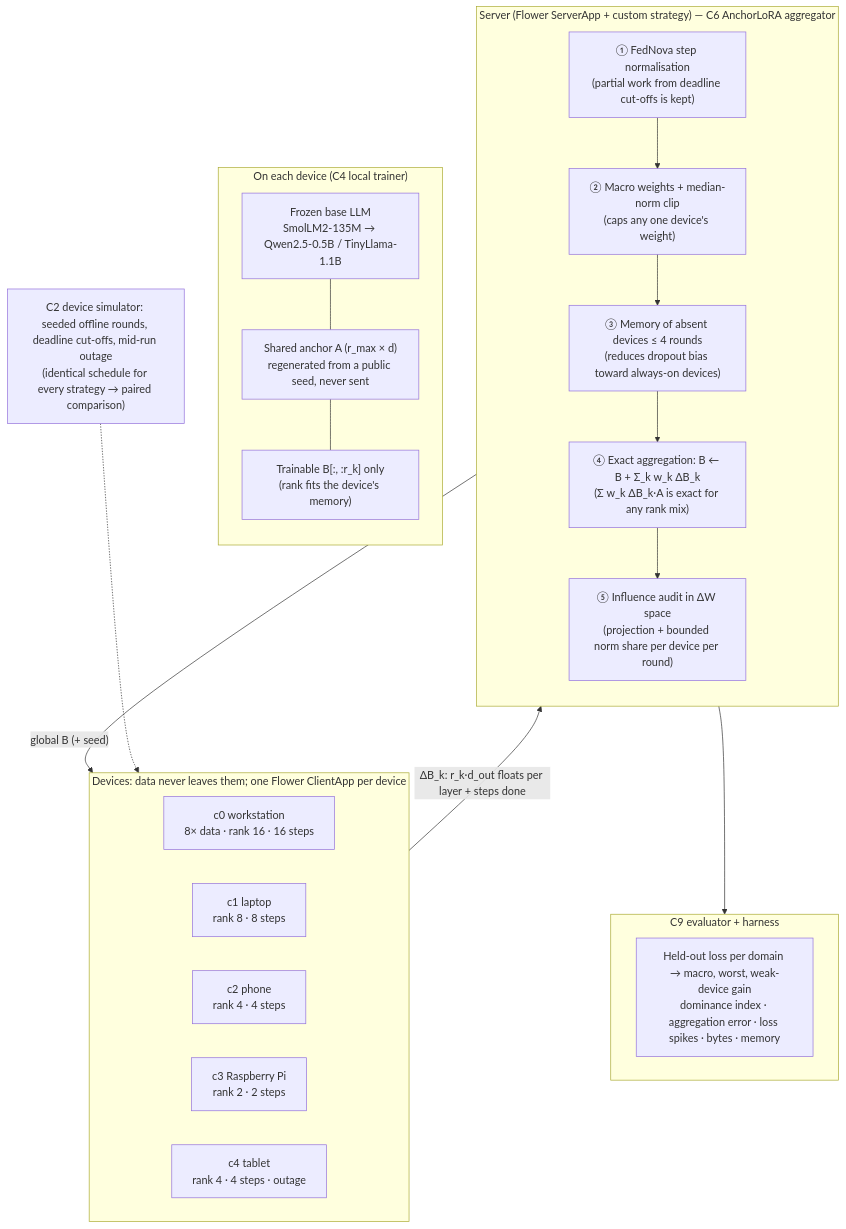
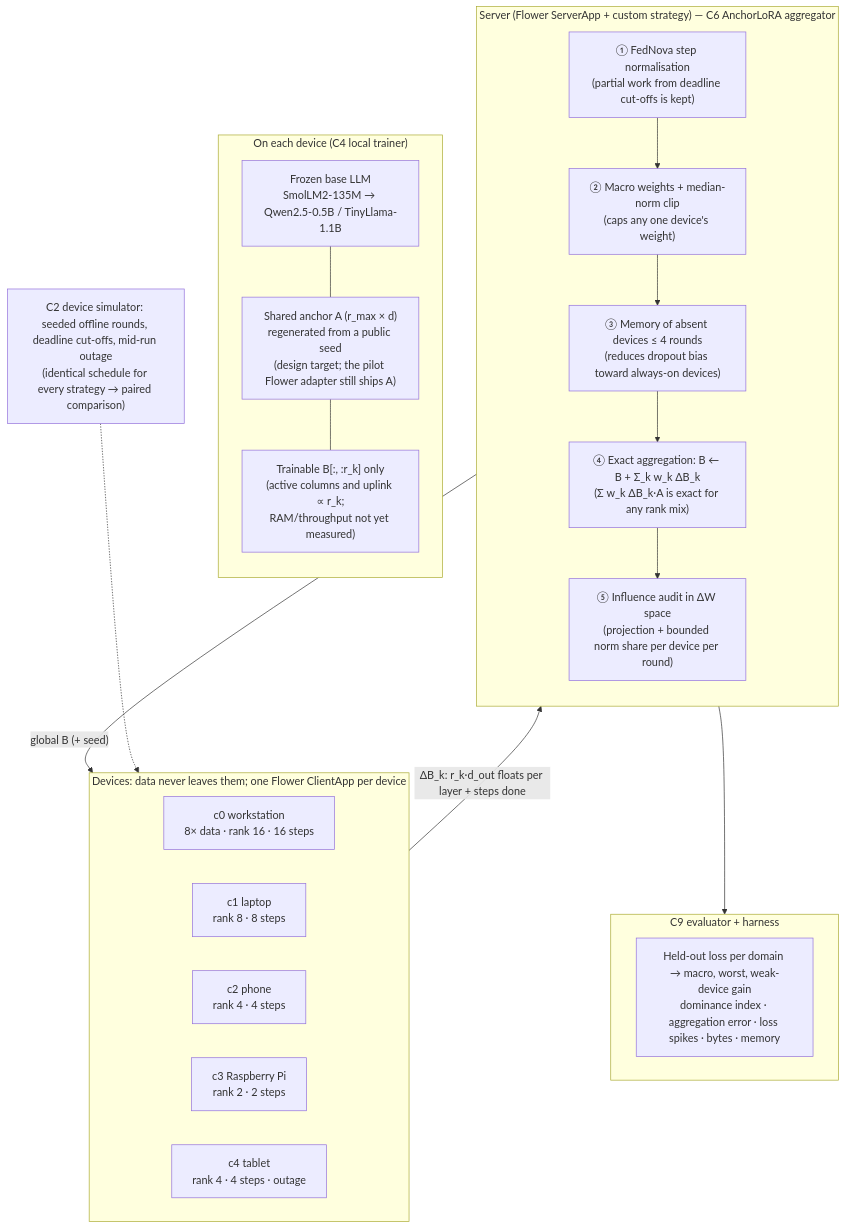
One commit to imdigitalashish/techfest-2026 changed the diagram in perceptron-p01-federated-lora/deliverables/architecture.md. Above: the diagram before and after it, drawn with Mermaid. The commit also changed other lines of this file and 12 other files, not shown here.

Commit message:
perceptron-p01-federated-lora: act on gpt-6-astra review (12/12 accepted): abstract v3 (889 words, systems-recipe novelty, no unbiasedness claim, shared-n table, exploratory labels), ADR supersession table, novelty/landscape/diagram/memo wording, ledger

````diff
--- a/perceptron-p01-federated-lora/deliverables/architecture.md
+++ b/perceptron-p01-federated-lora/deliverables/architecture.md
@@ -1,34 +1,34 @@
 ```mermaid
 flowchart TB
   subgraph Devices["Devices: data never leaves them; one Flower ClientApp per device"]
     direction LR
     D0["c0 workstation<br/>8× data · rank 16 · 16 steps"]
     D1["c1 laptop<br/>rank 8 · 8 steps"]
     D2["c2 phone<br/>rank 4 · 4 steps"]
     D3["c3 Raspberry Pi<br/>rank 2 · 2 steps"]
     D4["c4 tablet<br/>rank 4 · 4 steps · outage"]
   end
   subgraph Local["On each device (C4 local trainer)"]
     direction TB
     M["Frozen base LLM<br/>SmolLM2-135M → Qwen2.5-0.5B / TinyLlama-1.1B"]
-    A["Shared anchor A (r_max × d)<br/>regenerated from a public seed, never sent"]
-    B["Trainable B[:, :r_k] only<br/>(rank fits the device's memory)"]
+    A["Shared anchor A (r_max × d)<br/>regenerated from a public seed<br/>(design target; the pilot Flower adapter still ships A)"]
+    B["Trainable B[:, :r_k] only<br/>(active columns and uplink ∝ r_k;<br/>RAM/throughput not yet measured)"]
     M --- A --- B
   end
   subgraph Server["Server (Flower ServerApp + custom strategy) — C6 AnchorLoRA aggregator"]
     direction TB
     N["① FedNova step normalisation<br/>(partial work from deadline cut-offs is kept)"]
     W["② Macro weights + median-norm clip<br/>(caps any one device's weight)"]
     MEM["③ Memory of absent devices ≤ 4 rounds<br/>(reduces dropout bias toward always-on devices)"]
     AGG["④ Exact aggregation: B ← B + Σ_k w_k ΔB_k<br/>(Σ w_k ΔB_k·A is exact for any rank mix)"]
     AUD["⑤ Influence audit in ΔW space<br/>(projection + bounded norm share per device per round)"]
     N --> W --> MEM --> AGG --> AUD
   end
   Devices -->|"ΔB_k: r_k·d_out floats per layer + steps done"| Server
   Server -->|"global B (+ seed)"| Devices
   subgraph Eval["C9 evaluator + harness"]
     E["Held-out loss per domain → macro, worst, weak-device gain<br/>dominance index · aggregation error · loss spikes · bytes · memory"]
   end
   Server --> Eval
   SIM["C2 device simulator: seeded offline rounds, deadline cut-offs, mid-run outage<br/>(identical schedule for every strategy → paired comparison)"] -.-> Devices
 ```
````
